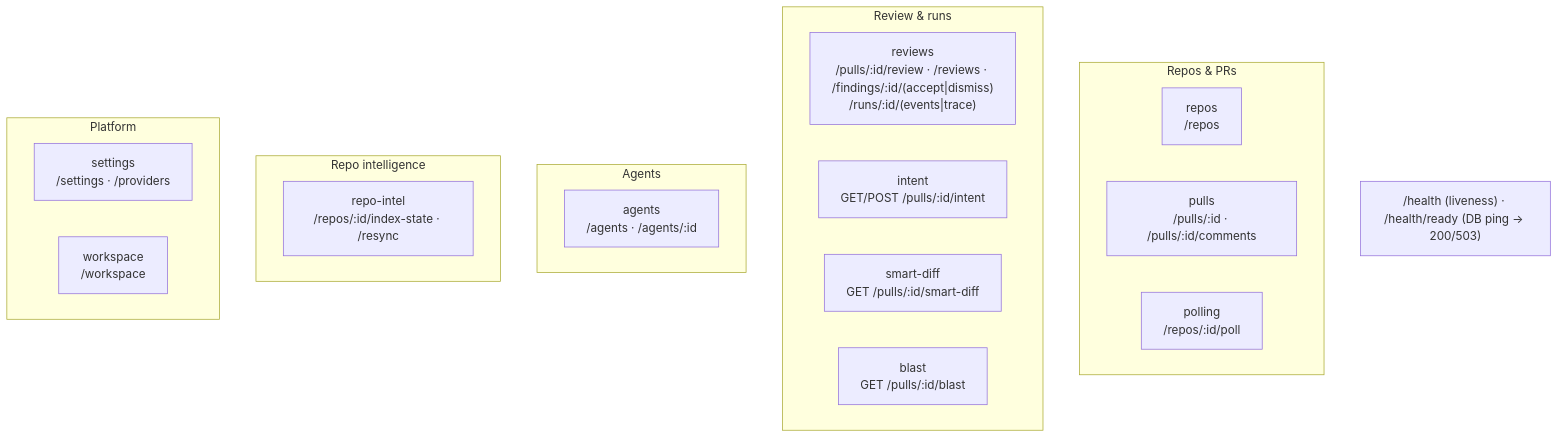
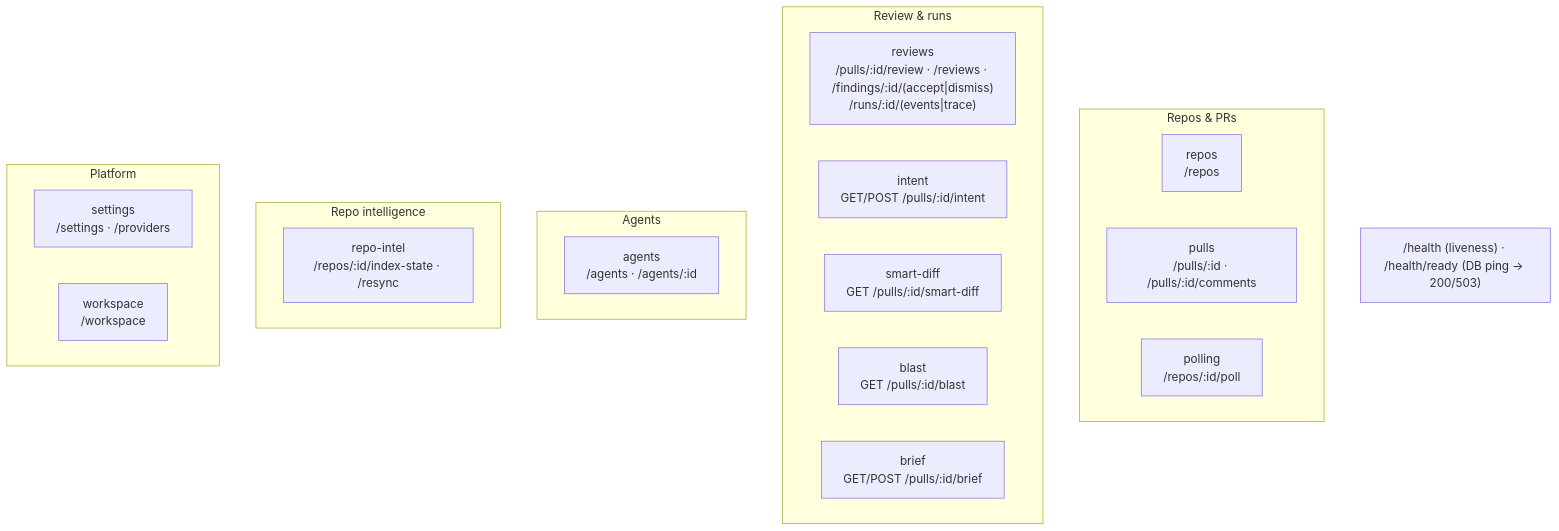
Before and after one commit to tetiana-taranushchenko/dev-digest: the second of 3 diagrams in server/README.md, drawn with Mermaid. The commit also changed other lines of this file and 66 other files, not shown here.

````diff
--- a/server/README.md
+++ b/server/README.md
@@ -61,25 +61,26 @@
 ```mermaid
 flowchart TB
   subgraph Repos_PRs["Repos & PRs"]
     repos["repos<br/>/repos"]
     pulls["pulls<br/>/pulls/:id · /pulls/:id/comments"]
     polling["polling<br/>/repos/:id/poll"]
   end
   subgraph Review["Review & runs"]
     reviews["reviews<br/>/pulls/:id/review · /reviews · /findings/:id/(accept|dismiss)<br/>/runs/:id/(events|trace)"]
     intent["intent<br/>GET/POST /pulls/:id/intent"]
     smartDiff["smart-diff<br/>GET /pulls/:id/smart-diff"]
     blast["blast<br/>GET /pulls/:id/blast"]
+    brief["brief<br/>GET/POST /pulls/:id/brief"]
   end
   subgraph Agents["Agents"]
     agents["agents<br/>/agents · /agents/:id"]
   end
   subgraph Intel["Repo intelligence"]
     repoIntel["repo-intel<br/>/repos/:id/index-state · /resync"]
   end
   subgraph Platform["Platform"]
     settings["settings<br/>/settings · /providers"]
     workspace["workspace<br/>/workspace"]
   end
   HEALTH["/health (liveness) · /health/ready (DB ping → 200/503)"]
 ```
````
